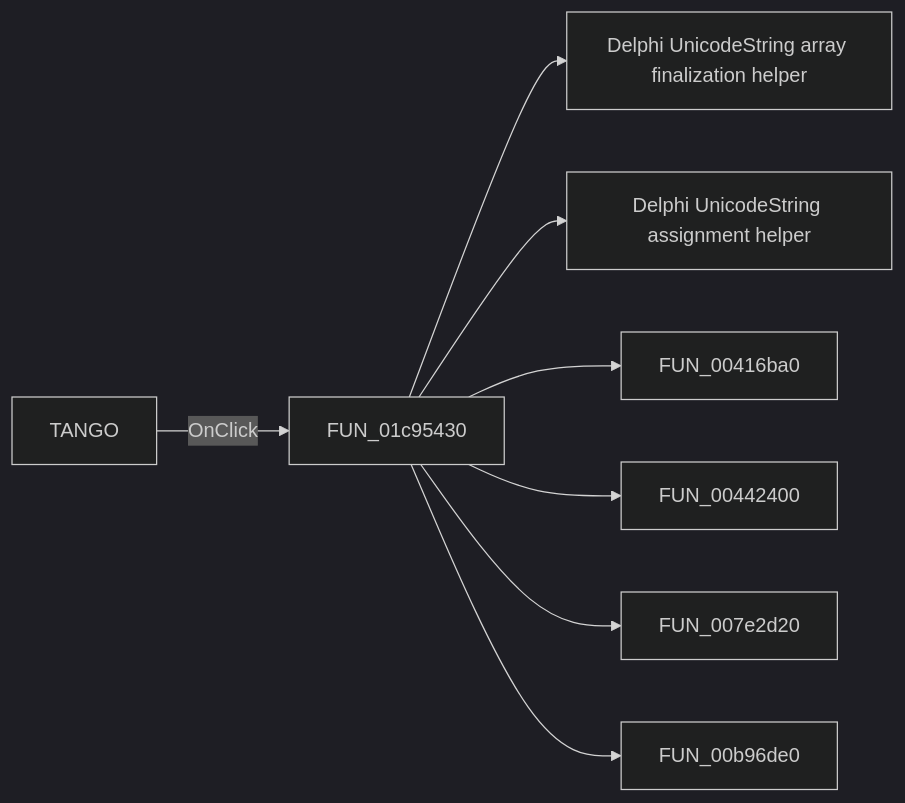
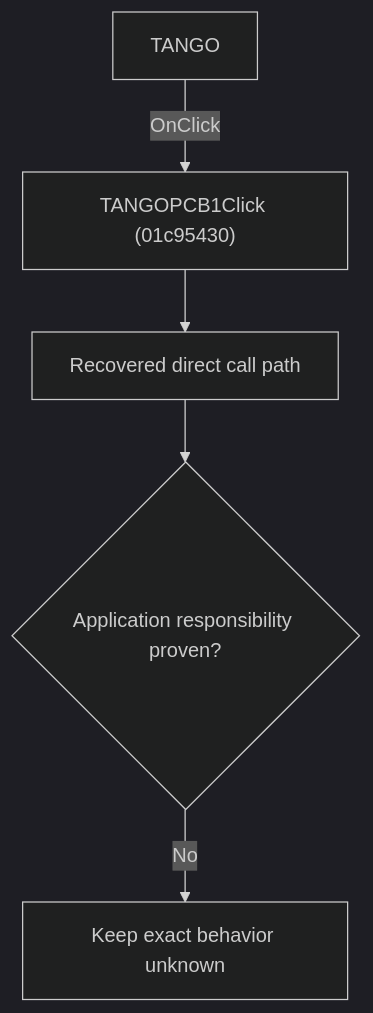
One commit to MovGP0/TIARA changed the diagram in docs/ui-controls/schematiceditor/tangopcb1-1aea5ce568.md. Above: the diagram before and after it, drawn with Mermaid (dark theme). The commit also changed other lines of this file and 1062 other files, not shown here.

````diff
--- a/docs/ui-controls/schematiceditor/tangopcb1-1aea5ce568.md
+++ b/docs/ui-controls/schematiceditor/tangopcb1-1aea5ce568.md
@@ -27,10 +27,7 @@
 ```mermaid
-flowchart LR
-    control["TANGO"] -->|OnClick| handler["FUN_01c95430"]
-    handler --> call1["Delphi UnicodeString array finalization helper"]
-    handler --> call2["Delphi UnicodeString assignment helper"]
-    handler --> call3["FUN_00416ba0"]
-    handler --> call4["FUN_00442400"]
-    handler --> call5["FUN_007e2d20"]
-    handler --> call6["FUN_00b96de0"]
+flowchart TD
+    control["TANGO"] -->|"OnClick"| handler["TANGOPCB1Click (01c95430)"]
+    handler --> recovered["Recovered direct call path"]
+    recovered --> gap{"Application responsibility proven?"}
+    gap -->|"No"| blocked["Keep exact behavior unknown"]
 ```
````
